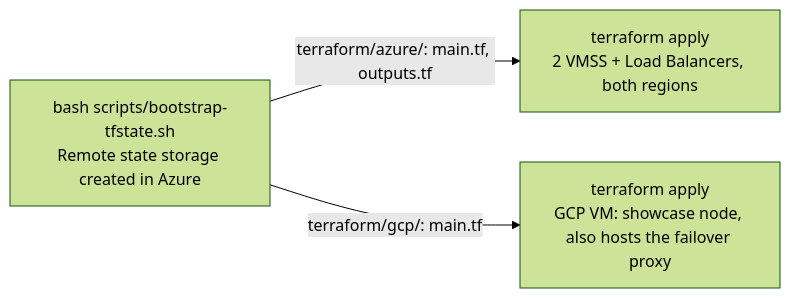
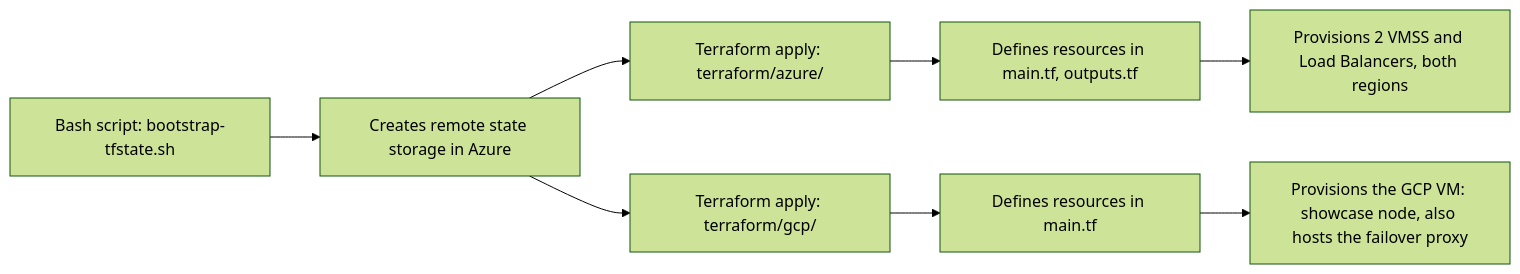
The first of 4 diagrams in README.md (Dennis4507/cloud-native-ha-platform), drawn with Mermaid (forest theme) before and after one commit. The commit also changed other lines of this file, not shown here.

````diff
--- a/README.md
+++ b/README.md
@@ -41,6 +41,10 @@
 ```mermaid
 flowchart LR
-    CMD0["bash scripts/bootstrap-tfstate.sh<br/>Remote state storage created in Azure"]
-    CMD0 -->|terraform/azure/: main.tf, outputs.tf| OUT1["terraform apply<br/>2 VMSS + Load Balancers, both regions"]
-    CMD0 -->|terraform/gcp/: main.tf| OUT2["terraform apply<br/>GCP VM: showcase node, also hosts the failover proxy"]
+    CMD0["Bash script: bootstrap-tfstate.sh"] --> OUT0["Creates remote state storage in Azure"]
+    OUT0 --> CMD1["Terraform apply: terraform/azure/"]
+    CMD1 --> TFAZ["Defines resources in main.tf, outputs.tf"]
+    TFAZ --> OUT1["Provisions 2 VMSS and Load Balancers, both regions"]
+    OUT0 --> CMD2["Terraform apply: terraform/gcp/"]
+    CMD2 --> TFGCP["Defines resources in main.tf"]
+    TFGCP --> OUT2["Provisions the GCP VM: showcase node, also hosts the failover proxy"]
 ```
````
